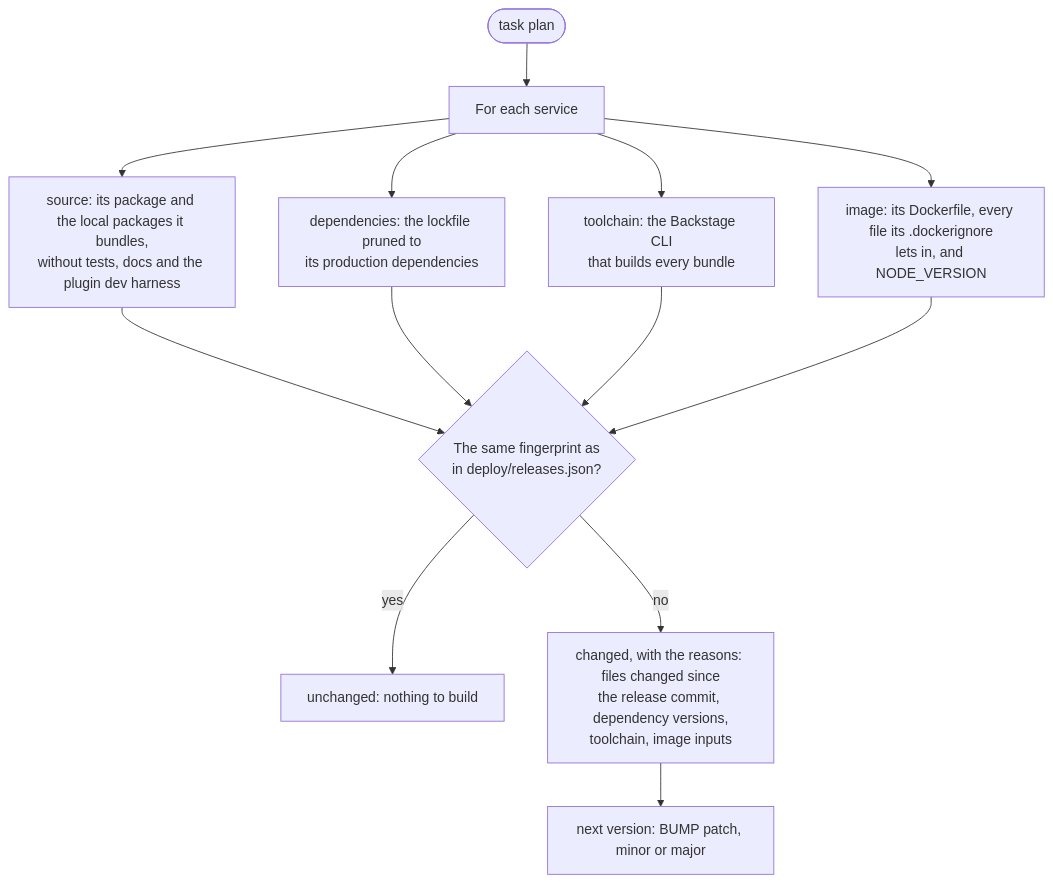
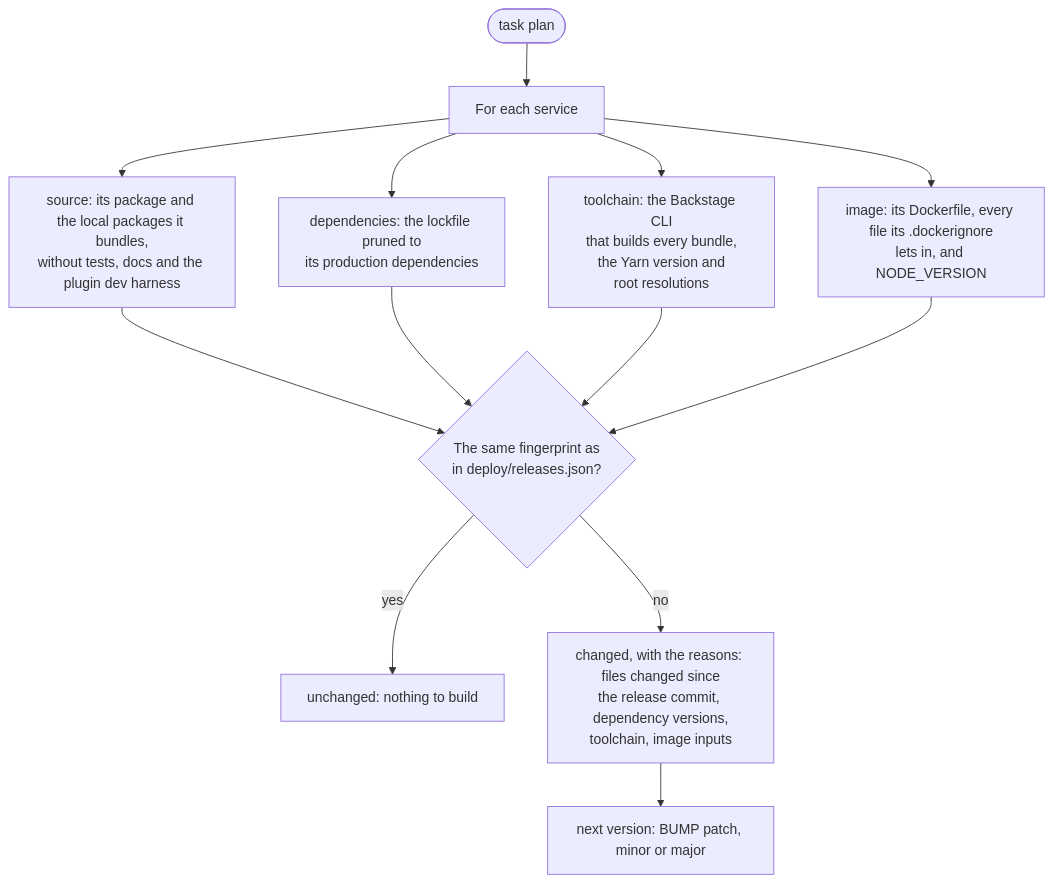
One commit to rgardam/rgardam changed diagram 15 of 16 in backstage-split-backends/docs/GUIDE.md. Above: the diagram before and after it, drawn with Mermaid. The commit also changed other lines of this file and 2 other files, not shown here.

````diff
--- a/backstage-split-backends/docs/GUIDE.md
+++ b/backstage-split-backends/docs/GUIDE.md
@@ -458,15 +470,15 @@
 ```mermaid
 flowchart TD
   plan(["task plan"]) --> each["For each service"]
   each --> source["source: its package and the local packages it bundles,<br/>without tests, docs and the plugin dev harness"]
   each --> deps["dependencies: the lockfile pruned to<br/>its production dependencies"]
-  each --> tool["toolchain: the Backstage CLI<br/>that builds every bundle"]
+  each --> tool["toolchain: the Backstage CLI<br/>that builds every bundle,<br/>the Yarn version and<br/>root resolutions"]
   each --> image["image: its Dockerfile, every file its .dockerignore<br/>lets in, and NODE_VERSION"]
   source --> same{"The same fingerprint as<br/>in deploy/releases.json?"}
   deps --> same
   tool --> same
   image --> same
   same -- yes --> unchanged["unchanged: nothing to build"]
   same -- no --> changed["changed, with the reasons: files changed since<br/>the release commit, dependency versions,<br/>toolchain, image inputs"]
   changed --> version["next version: BUMP patch, minor or major"]
 ```
````
